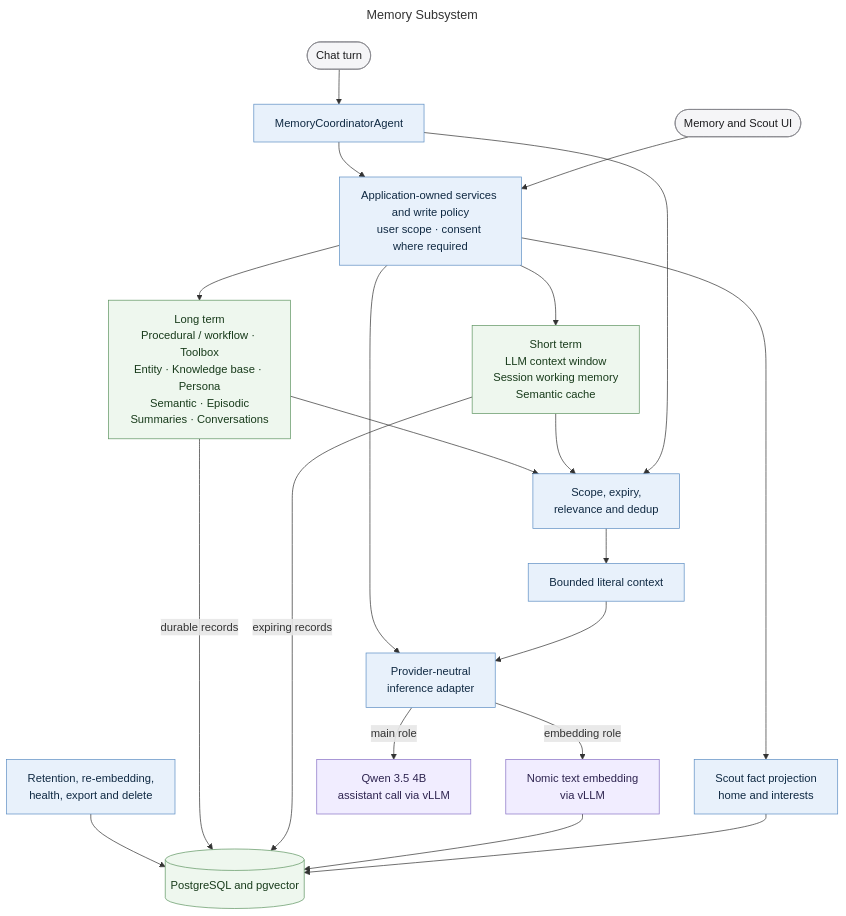
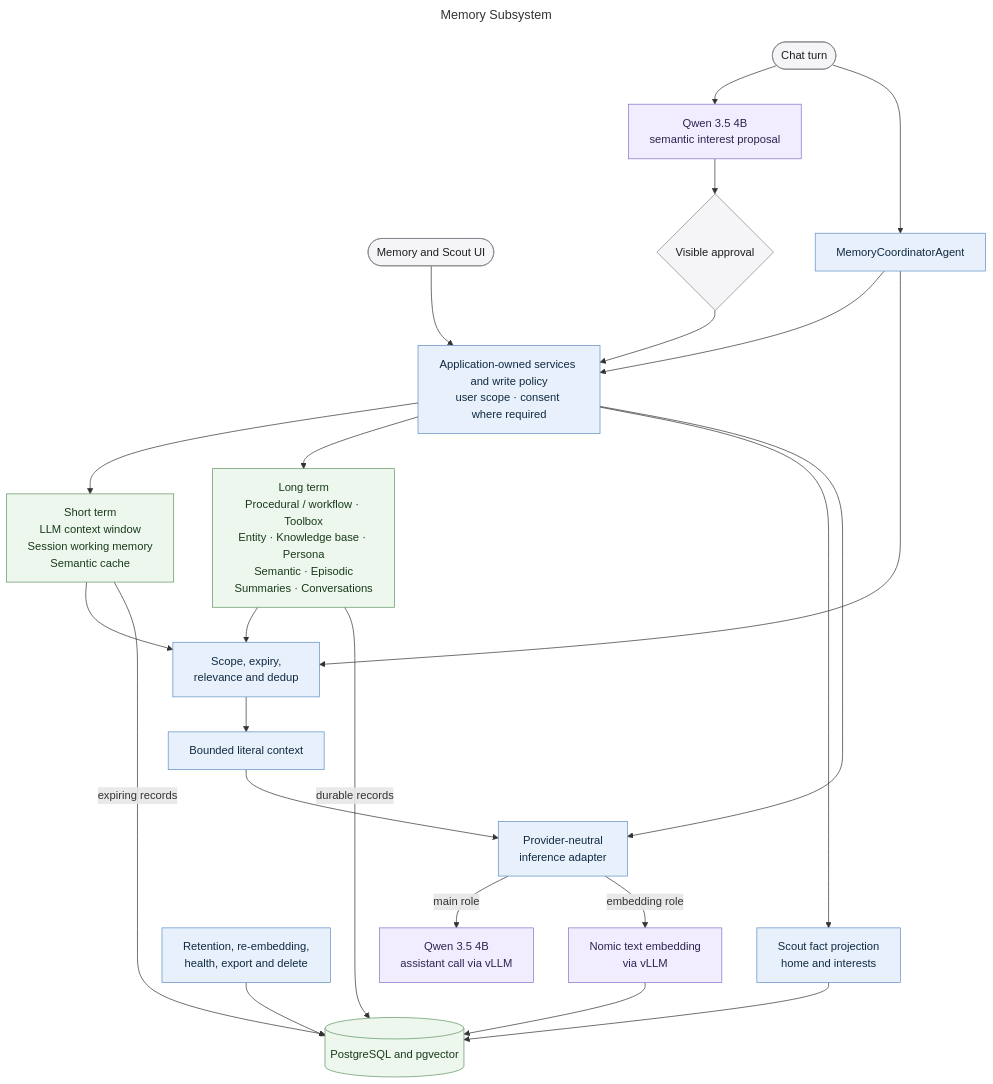
The diagram in docs/diagrams/memory-subsystem.mmd (MallyaAni/PersonalAssistant), drawn with Mermaid before and after one commit. The commit also changed 48 other files, not shown here.

```diff
--- a/docs/diagrams/memory-subsystem.mmd
+++ b/docs/diagrams/memory-subsystem.mmd
@@ -1,48 +1,51 @@
 ---
 title: Memory Subsystem
 ---
 flowchart TB
     Chat([Chat turn])
     UI([Memory and Scout UI])
 
+    Proposal[Qwen 3.5 4B<br/>semantic interest proposal]
+    Review{Visible approval}
     Coordinator[MemoryCoordinatorAgent]
     Services[Application-owned services and write policy<br/>user scope · consent where required]
     Retrieval[Scope, expiry,<br/>relevance and dedup]
     Context[Bounded literal context]
 
     Short[Short term<br/>LLM context window<br/>Session working memory<br/>Semantic cache]
     Long[Long term<br/>Procedural / workflow · Toolbox<br/>Entity · Knowledge base · Persona<br/>Semantic · Episodic<br/>Summaries · Conversations]
 
     Inference[Provider-neutral<br/>inference adapter]
     TextEmbed[Nomic text embedding<br/>via vLLM]
     Database[(PostgreSQL and pgvector)]
     Maintenance[Retention, re-embedding,<br/>health, export and delete]
     Discovery[Scout fact projection<br/>home and interests]
 
     Main[Qwen 3.5 4B<br/>assistant call via vLLM]
 
+    Chat --> Proposal --> Review --> Services
     Chat --> Coordinator
     UI --> Services
     Coordinator --> Services
     Services --> Short
     Services --> Long
     Services --> Discovery --> Database
     Coordinator --> Retrieval
     Short --> Retrieval
     Long --> Retrieval
     Retrieval --> Context --> Inference
     Inference -->|main role| Main
     Services --> Inference
     Inference -->|embedding role| TextEmbed --> Database
     Short -->|expiring records| Database
     Long -->|durable records| Database
     Maintenance --> Database
 
     classDef interface fill:#f5f5f7,stroke:#86868b,color:#1d1d1f;
     classDef application fill:#e8f1fb,stroke:#5e8fc4,color:#102a43;
     classDef data fill:#eef7ee,stroke:#5f9562,color:#183b1b;
     classDef model fill:#f1edff,stroke:#8872c6,color:#2e2450;
-    class Chat,UI interface;
+    class Chat,UI,Review interface;
     class Coordinator,Services,Retrieval,Context,Inference,Maintenance,Discovery application;
     class Short,Long,Database data;
-    class TextEmbed,Main model;
+    class TextEmbed,Main,Proposal model;
```
